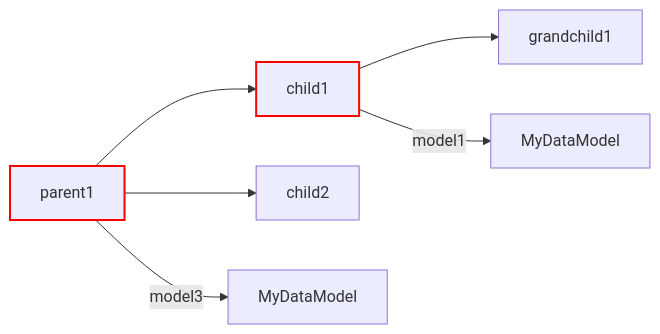
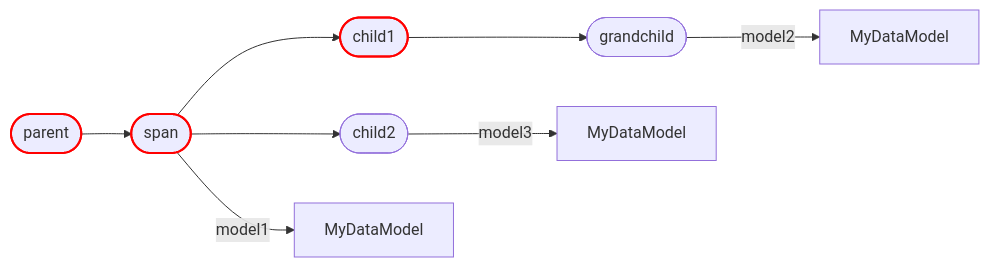
The eighth of 8 diagrams in docs/usage.md (rmorshea/artigraph), drawn with Mermaid before and after one commit. The commit also changed other lines of this file, not shown here.

````diff
--- a/docs/usage.md
+++ b/docs/usage.md
@@ -330,10 +422,23 @@
 ```mermaid
 graph LR
-    style parent1 stroke:red,stroke-width:2px
-    style child1 stroke:red,stroke-width:2px
-    parent1 --> child1
-    parent1 --> child2
-    child1 --> grandchild1
-    child1 --> |model1| model1[MyDataModel]
-    parent1 --> |model3| model3[MyDataModel]
+    p([parent])
+    s([span])
+    c1([child1])
+    c2([child2])
+    g([grandchild])
+    m1[MyDataModel]
+    m2[MyDataModel]
+    m3[MyDataModel]
+
+    style p stroke:red,stroke-width:2px
+    style s stroke:red,stroke-width:2px
+    style c1 stroke:red,stroke-width:2px
+
+    p --> s
+    s --> |model1| m1
+    s --> c1
+    s --> c2
+    c1 --> g
+    g --> |model2| m2
+    c2 --> |model3| m3
 ```
````
